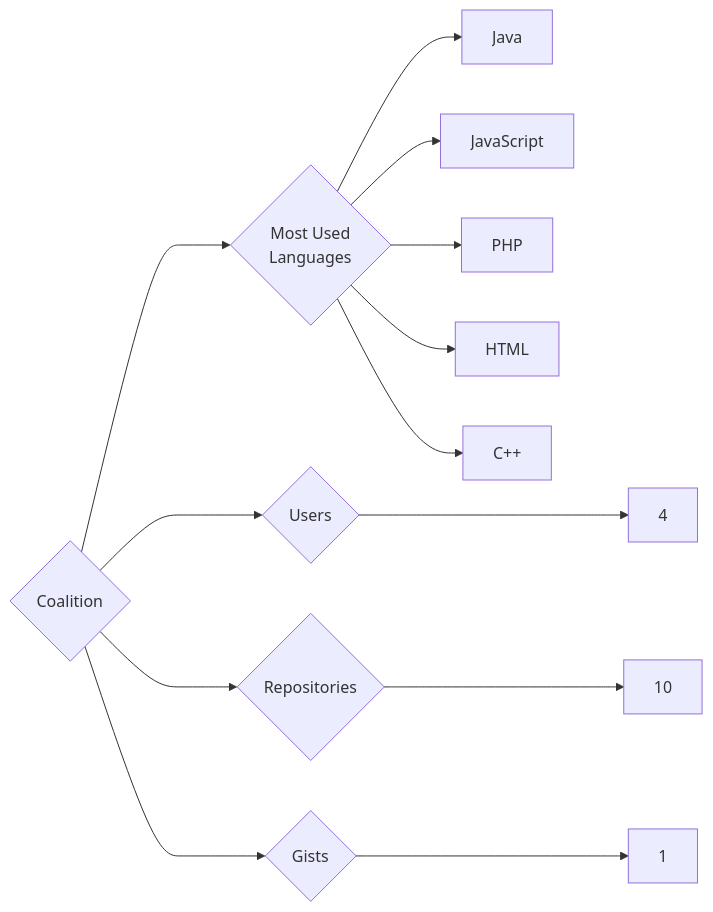
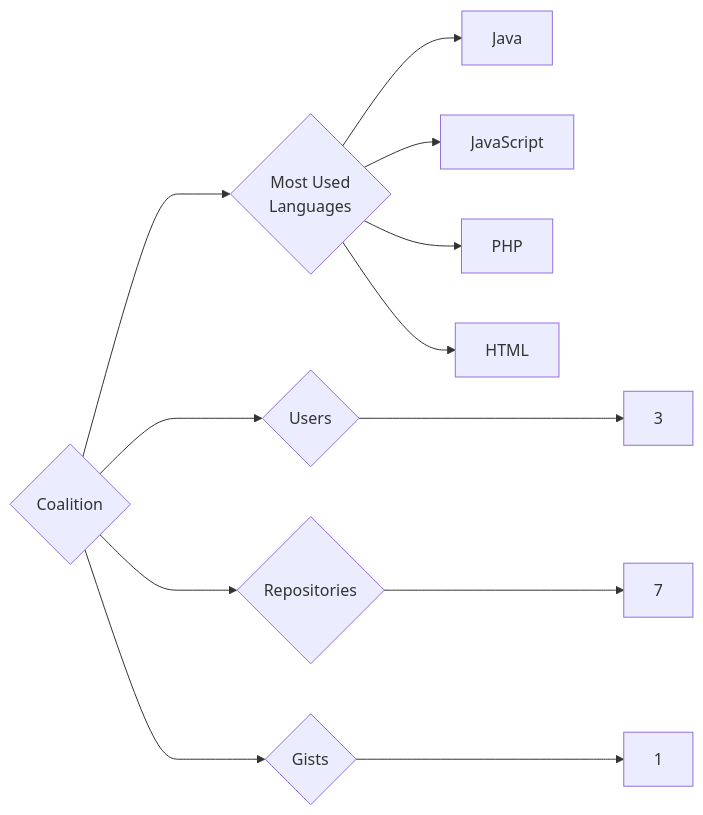
One commit to trickest/insiders changed the diagram in targets/Coalition/README.md. Above: the diagram before and after it, drawn with Mermaid. The commit also changed 757 other files, not shown here.

````diff
--- a/targets/Coalition/README.md
+++ b/targets/Coalition/README.md
@@ -3,13 +3,12 @@
 ```mermaid
 graph LR
 COMPANY_NAME{Coalition}
-COMPANY_NAME ---> U{Users} ---> UN[4]
-COMPANY_NAME ---> R{Repositories} ---> RN[10]
+COMPANY_NAME ---> U{Users} ---> UN[3]
+COMPANY_NAME ---> R{Repositories} ---> RN[7]
 COMPANY_NAME ---> G{Gists} ---> GN[1]
 COMPANY_NAME ---> ML{Most Used<br>Languages}
 ML --> Java[Java]
 ML --> JavaScript[JavaScript]
 ML --> PHP[PHP]
 ML --> HTML[HTML]
-ML --> C++[C++]
 ```
````
